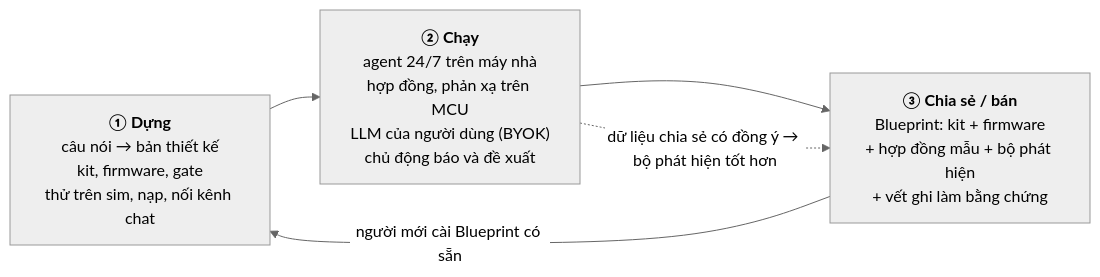
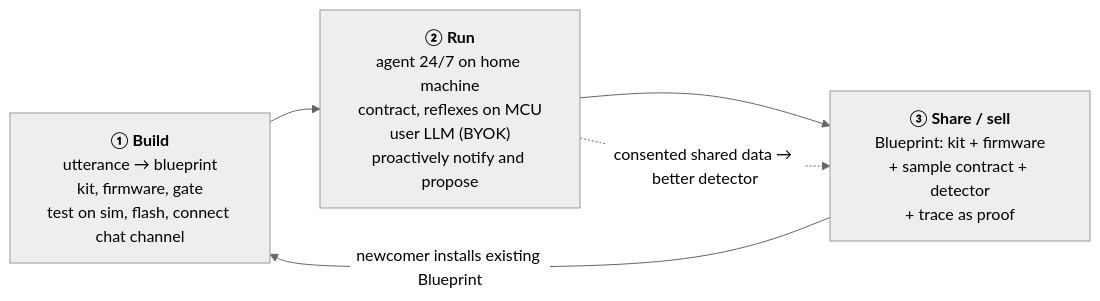
Before and after one commit to letrongminh/neuroedge-init: the first of 3 diagrams in docs/business/proposal-blueprint-2026-10-11.md, drawn with Mermaid (neutral theme). The commit also changed other lines of this file and 57 other files, not shown here.

Commit message:
docs in English: spec, architecture 00-05, RFCs, user docs, kits, partner guides, demos, reports, Blueprint proposal

````diff
--- a/docs/business/proposal-blueprint-2026-10-11.md
+++ b/docs/business/proposal-blueprint-2026-10-11.md
@@ -63,9 +63,9 @@
 ```mermaid
 flowchart LR
-    B["<b>① Dựng</b><br/>câu nói → bản thiết kế<br/>kit, firmware, gate<br/>thử trên sim, nạp, nối kênh chat"]
-    R["<b>② Chạy</b><br/>agent 24/7 trên máy nhà<br/>hợp đồng, phản xạ trên MCU<br/>LLM của người dùng (BYOK)<br/>chủ động báo và đề xuất"]
-    S["<b>③ Chia sẻ / bán</b><br/>Blueprint: kit + firmware<br/>+ hợp đồng mẫu + bộ phát hiện<br/>+ vết ghi làm bằng chứng"]
+    B["<b>① Build</b><br/>utterance → blueprint<br/>kit, firmware, gate<br/>test on sim, flash, connect chat channel"]
+    R["<b>② Run</b><br/>agent 24/7 on home machine<br/>contract, reflexes on MCU<br/>user LLM (BYOK)<br/>proactively notify and propose"]
+    S["<b>③ Share / sell</b><br/>Blueprint: kit + firmware<br/>+ sample contract + detector<br/>+ trace as proof"]
     B --> R --> S
-    S -- "người mới cài Blueprint có sẵn" --> B
-    R -. "dữ liệu chia sẻ có đồng ý → bộ phát hiện tốt hơn" .-> S
+    S -- "newcomer installs existing Blueprint" --> B
+    R -. "consented shared data → better detector" .-> S
 ```
````
